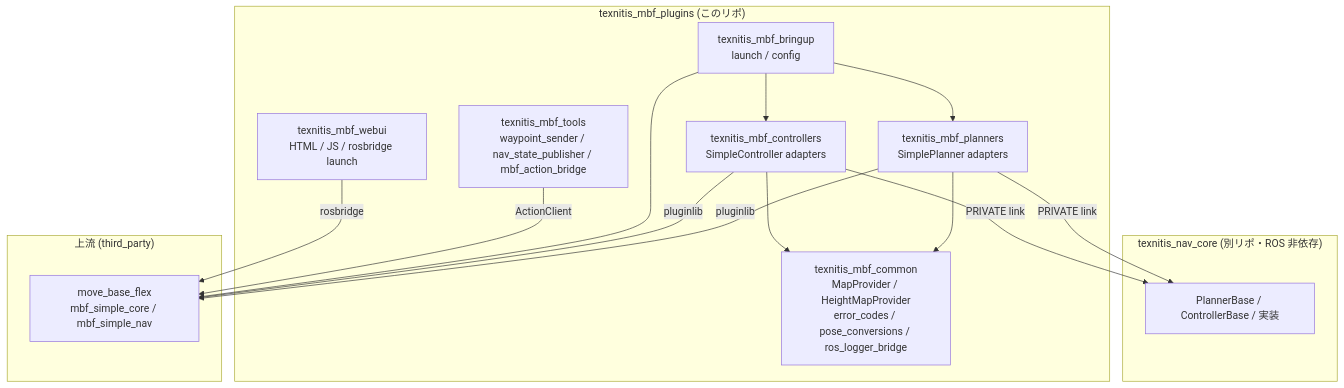
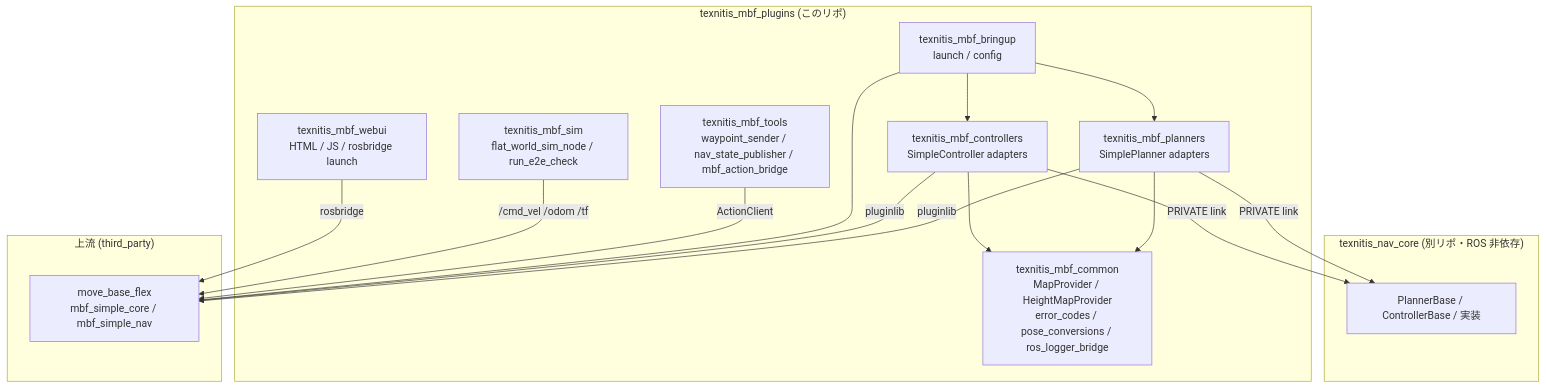
One commit to Nyanziba/Nyanziba_mbf_plugins changed the first of 2 diagrams in docs/architecture.md. Above: the diagram before and after it, drawn with Mermaid. The commit also changed other lines of this file and 16 other files, not shown here.

First line of the commit message:
feat: add texnitis_mbf_sim package + ROS 2 E2E CI job

````diff
--- a/docs/architecture.md
+++ b/docs/architecture.md
@@ -5,31 +5,33 @@
 ```mermaid
 graph TD
   subgraph "texnitis_nav_core (別リポ・ROS 非依存)"
     core[PlannerBase / ControllerBase / 実装]
   end
 
   subgraph "texnitis_mbf_plugins (このリポ)"
     common[texnitis_mbf_common<br/>MapProvider / HeightMapProvider<br/>error_codes / pose_conversions / ros_logger_bridge]
     planners[texnitis_mbf_planners<br/>SimplePlanner adapters]
     controllers[texnitis_mbf_controllers<br/>SimpleController adapters]
     bringup[texnitis_mbf_bringup<br/>launch / config]
     tools[texnitis_mbf_tools<br/>waypoint_sender / nav_state_publisher / mbf_action_bridge]
+    sim[texnitis_mbf_sim<br/>flat_world_sim_node / run_e2e_check]
     webui[texnitis_mbf_webui<br/>HTML / JS / rosbridge launch]
   end
 
   subgraph "上流 (third_party)"
     mbf[move_base_flex<br/>mbf_simple_core / mbf_simple_nav]
   end
 
   planners -- "PRIVATE link" --> core
   controllers -- "PRIVATE link" --> core
   planners --> common
   controllers --> common
   planners -- "pluginlib" --> mbf
   controllers -- "pluginlib" --> mbf
   bringup --> mbf
   bringup --> planners
   bringup --> controllers
   tools -- "ActionClient" --> mbf
+  sim -- "/cmd_vel /odom /tf" --> mbf
   webui -- "rosbridge" --> mbf
 ```
````
